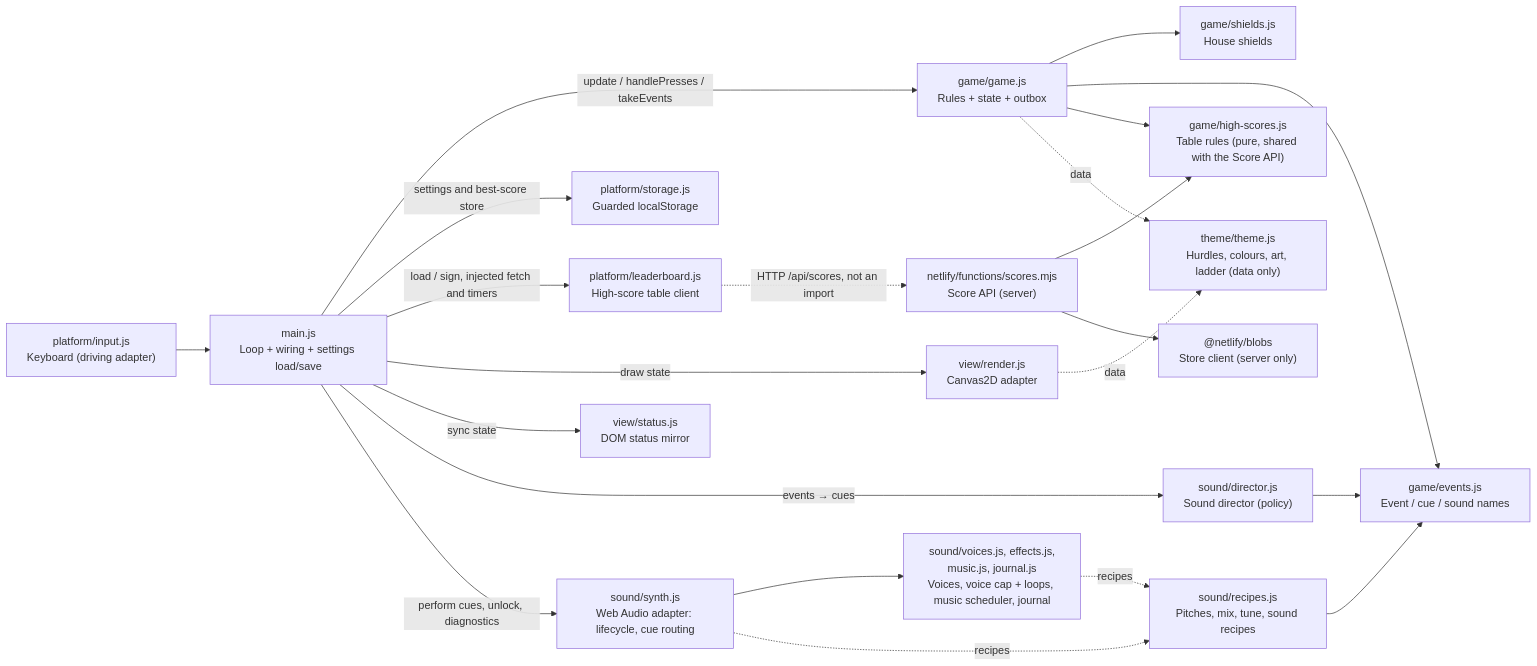
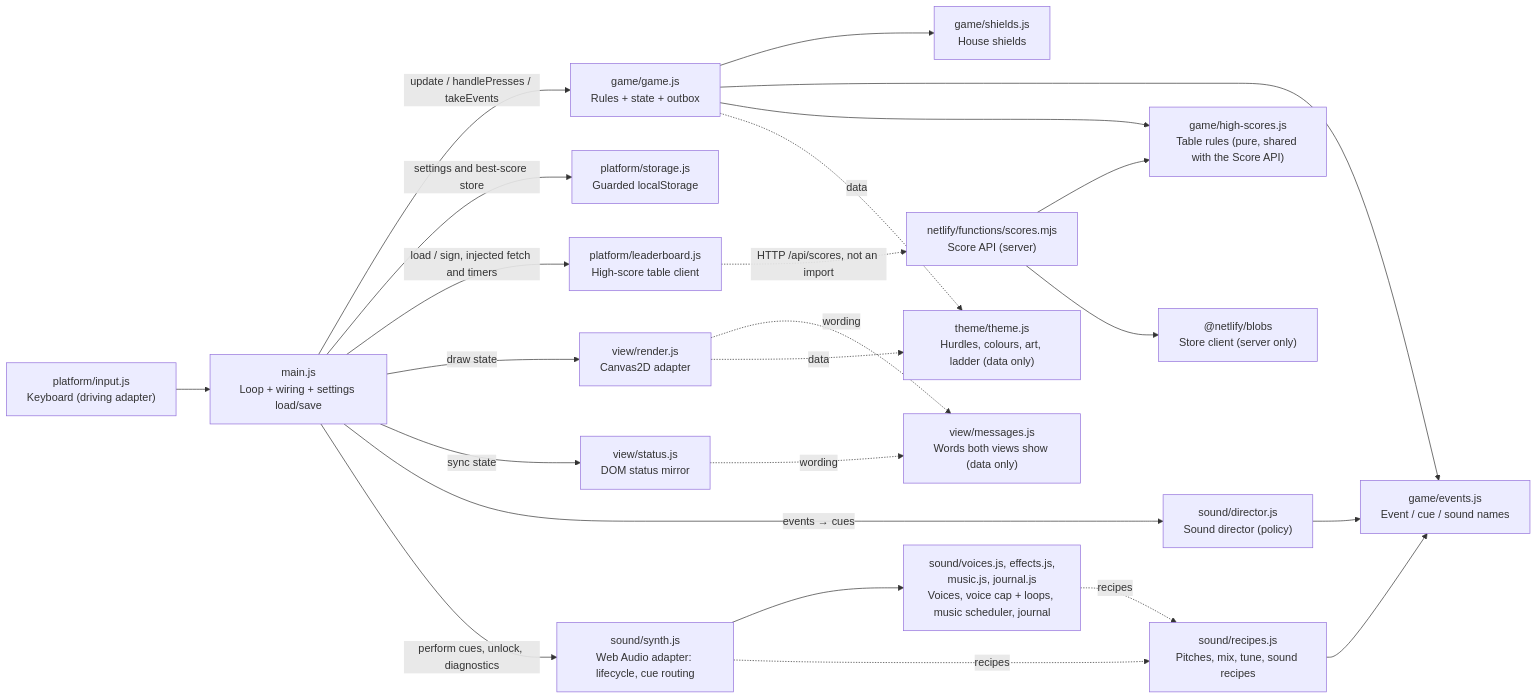
The third of 3 diagrams in docs/product/architecture/brief.md (lagom1985/rightmove-space-invaders), drawn with Mermaid before and after one commit. The commit also changed other lines of this file and 3 other files, not shown here.

````diff
--- a/docs/product/architecture/brief.md
+++ b/docs/product/architecture/brief.md
@@ -80,24 +80,26 @@
 ```mermaid
 flowchart LR
   kb["platform/input.js<br/>Keyboard (driving adapter)"] --> main
   main["main.js<br/>Loop + wiring + settings load/save"] -->|update / handlePresses / takeEvents| game["game/game.js<br/>Rules + state + outbox"]
   game --> shields["game/shields.js<br/>House shields"]
   game --> events["game/events.js<br/>Event / cue / sound names"]
   game --> rules["game/high-scores.js<br/>Table rules (pure, shared with the Score API)"]
   game -. data .-> theme["theme/theme.js<br/>Hurdles, colours, art, ladder (data only)"]
   main -->|settings and best-score store| storage["platform/storage.js<br/>Guarded localStorage"]
   main -->|load / sign, injected fetch and timers| lb["platform/leaderboard.js<br/>High-score table client"]
   lb -.->|"HTTP /api/scores, not an import"| api["netlify/functions/scores.mjs<br/>Score API (server)"]
   api --> rules
   api --> blobsLib["@netlify/blobs<br/>Store client (server only)"]
   main -->|draw state| render["view/render.js<br/>Canvas2D adapter"]
   main -->|sync state| status["view/status.js<br/>DOM status mirror"]
+  render -. wording .-> messages["view/messages.js<br/>Words both views show (data only)"]
+  status -. wording .-> messages
   main -->|events → cues| director["sound/director.js<br/>Sound director (policy)"]
   director --> events
   main -->|perform cues, unlock, diagnostics| synth["sound/synth.js<br/>Web Audio adapter: lifecycle, cue routing"]
   synth --> synthParts["sound/voices.js, effects.js,<br/>music.js, journal.js<br/>Voices, voice cap + loops, music scheduler, journal"]
   synth -. recipes .-> recipes["sound/recipes.js<br/>Pitches, mix, tune, sound recipes"]
   synthParts -. recipes .-> recipes
   recipes --> events
   render -. data .-> theme
 ```
````
